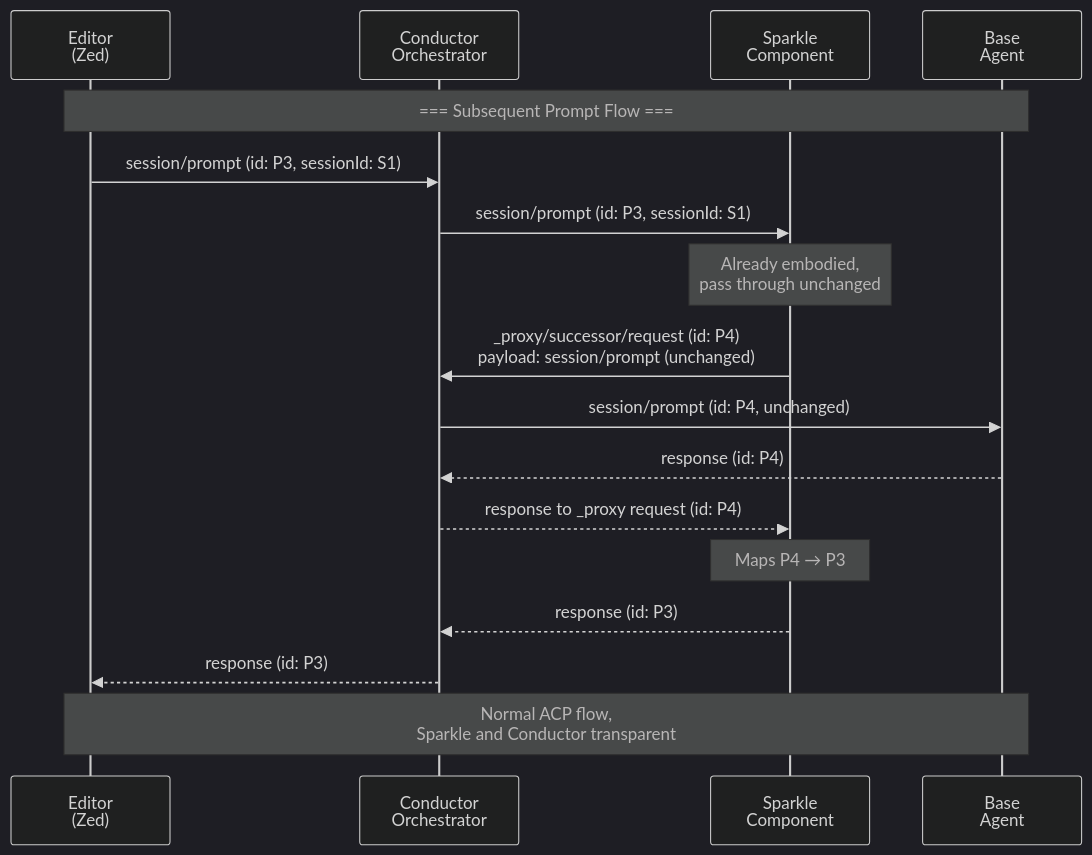
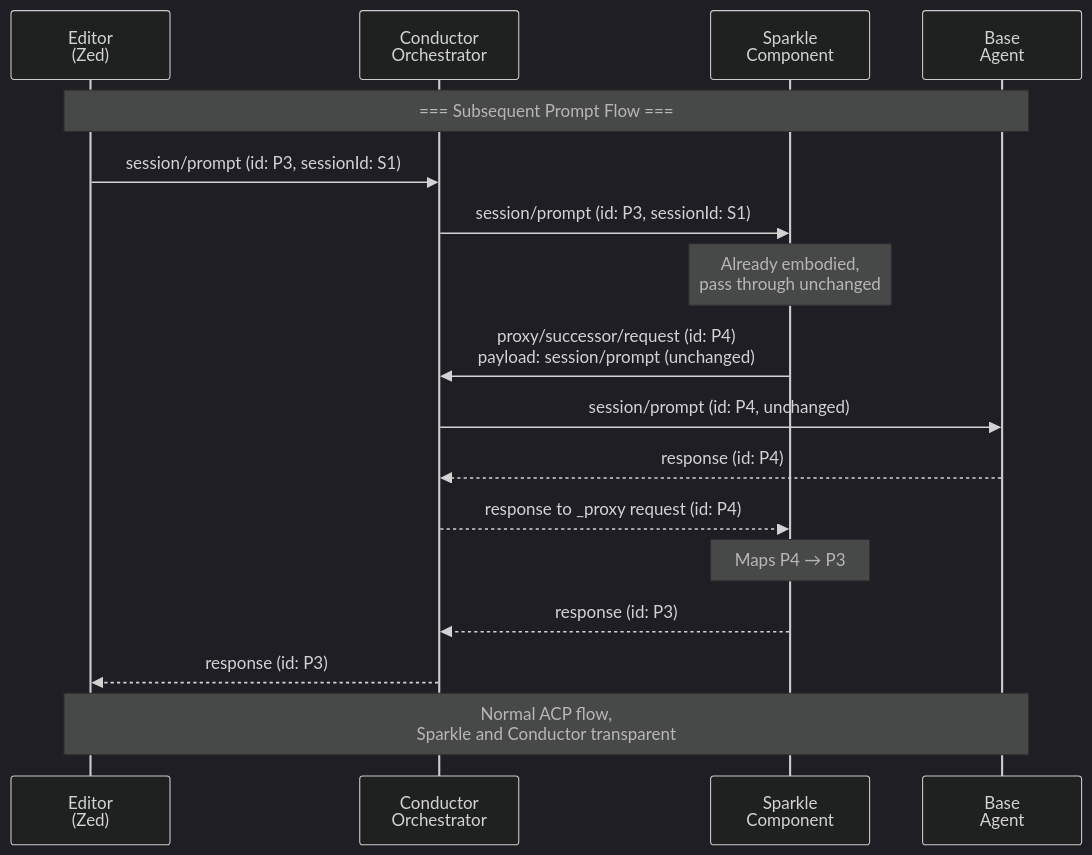
The sixth of 6 diagrams in md/proxying-acp.md (agentclientprotocol/rust-sdk), drawn with Mermaid (dark theme) before and after one commit. The commit also changed other lines of this file and 34 other files, not shown here.

First line of the commit message:
feat(acp)!: rename proxy methods to proxy/initialize and proxy/successor (#460)

````diff
--- a/md/proxying-acp.md
+++ b/md/proxying-acp.md
@@ -1175,27 +1180,27 @@
 ```mermaid
 sequenceDiagram
     participant Editor as Editor<br/>(Zed)
     participant Conductor as Conductor<br/>Orchestrator
     participant Sparkle as Sparkle<br/>Component
     participant Agent as Base<br/>Agent
 
     Note over Editor,Agent: === Subsequent Prompt Flow ===
 
     Editor->>Conductor: session/prompt (id: P3, sessionId: S1)
     Conductor->>Sparkle: session/prompt (id: P3, sessionId: S1)
 
     Note over Sparkle: Already embodied,<br/>pass through unchanged
 
-    Sparkle->>Conductor: _proxy/successor/request (id: P4)<br/>payload: session/prompt (unchanged)
+    Sparkle->>Conductor: proxy/successor/request (id: P4)<br/>payload: session/prompt (unchanged)
     Conductor->>Agent: session/prompt (id: P4, unchanged)
 
     Agent-->>Conductor: response (id: P4)
     Conductor-->>Sparkle: response to _proxy request (id: P4)
 
     Note over Sparkle: Maps P4 → P3
 
     Sparkle-->>Conductor: response (id: P3)
     Conductor-->>Editor: response (id: P3)
 
     Note over Editor,Agent: Normal ACP flow,<br/>Sparkle and Conductor transparent
 ```
````
